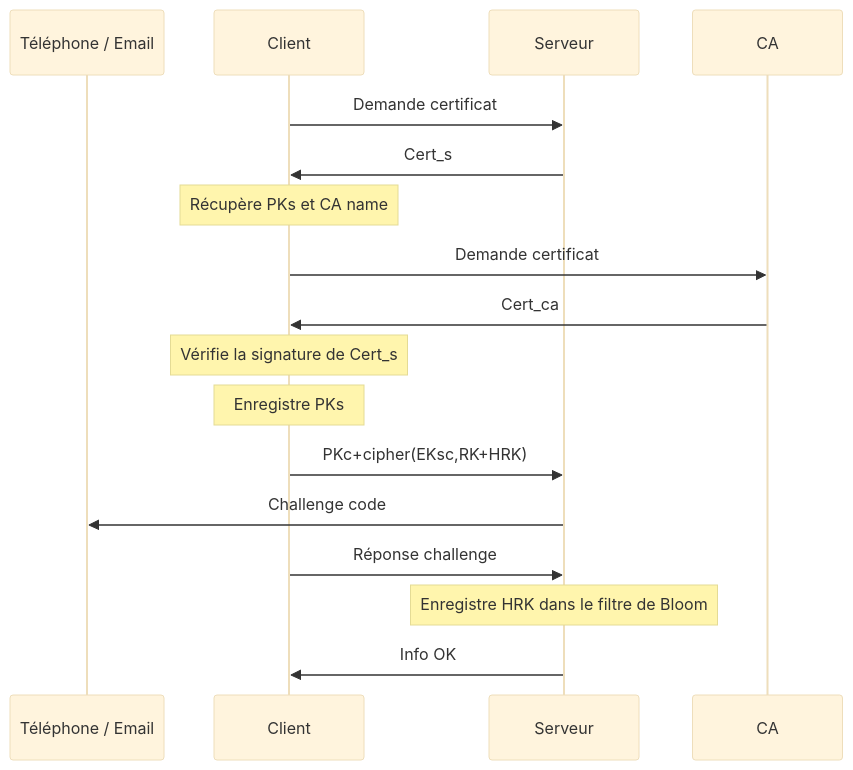
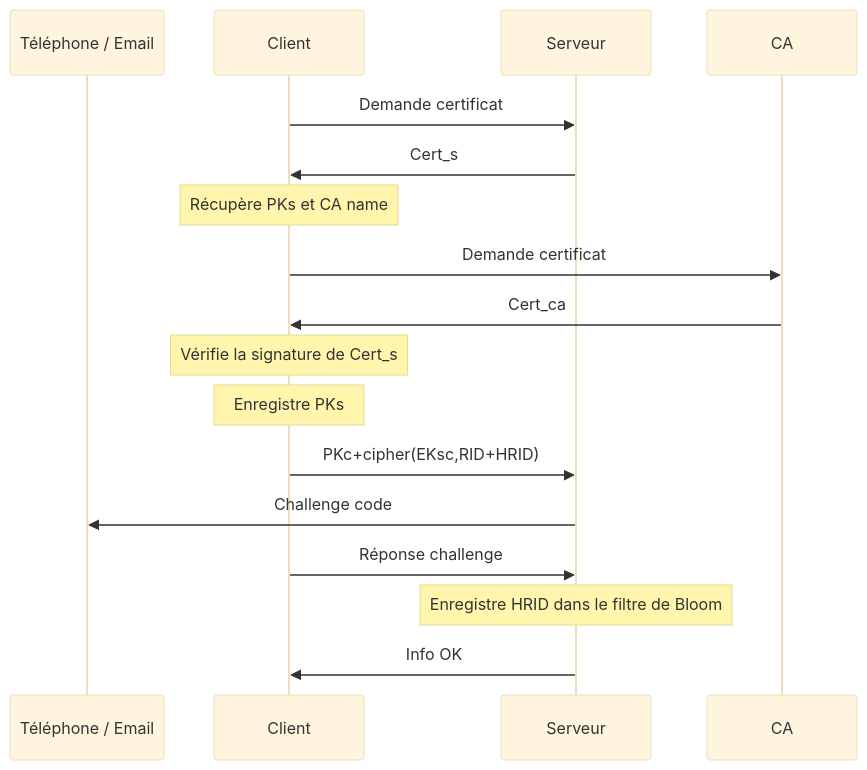
Before and after one commit to Relex12/Decentralized-Password-Manager: the first of 3 diagrams in readme/04-FR-implementation.md, drawn with Mermaid (base theme). The commit also changed other lines of this file and 1 other file, not shown here.

````diff
--- a/readme/04-FR-implementation.md
+++ b/readme/04-FR-implementation.md
@@ -39,19 +39,19 @@
 ```mermaid
 sequenceDiagram
 	participant TE as Téléphone / Email
     participant C as Client
     participant S as Serveur
     participant CA
     C ->> S: Demande certificat
     S ->> C: Cert_s
     Note over C: Récupère PKs et CA name
     C ->> CA: Demande certificat
     CA ->> C: Cert_ca
     Note over C: Vérifie la signature de Cert_s
     Note over C: Enregistre PKs
-    C ->> S: PKc+cipher(EKsc,RK+HRK)
+    C ->> S: PKc+cipher(EKsc,RID+HRID)
     S ->> TE: Challenge code
     C ->> S: Réponse challenge
-    Note over S: Enregistre HRK dans le filtre de Bloom
+    Note over S: Enregistre HRID dans le filtre de Bloom
     S ->> C: Info OK
 ```
````
